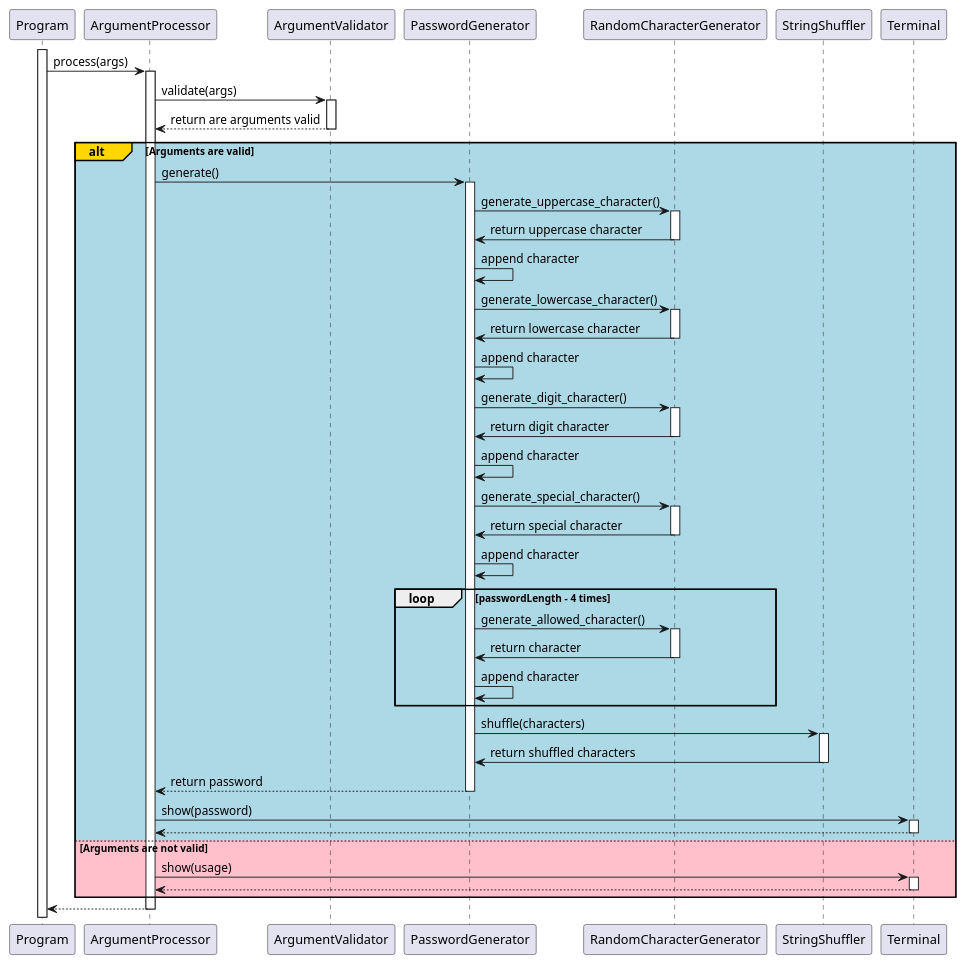
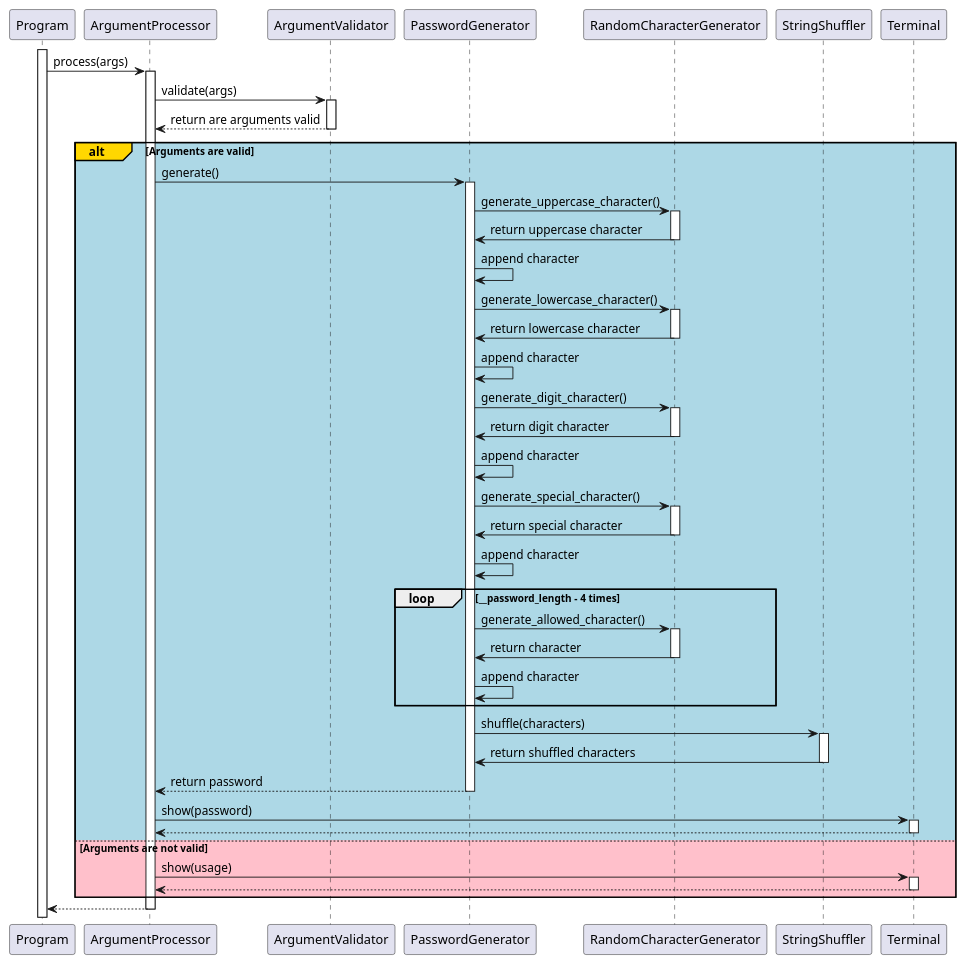
Before and after one commit to djvelimir/demo-python-cli: the diagram in diagrams/Sequence.puml, drawn with PlantUML.

Commit message:
Update sequence diagram

```diff
--- a/diagrams/Sequence.puml
+++ b/diagrams/Sequence.puml
@@ -1,84 +1,84 @@
 @startuml Sequence
 participant Program as program
 participant ArgumentProcessor as argumentProcessor
 participant ArgumentValidator as argumentValidator
 participant PasswordGenerator as passwordGenerator
 participant RandomCharacterGenerator as randomCharacterGenerator
 participant StringShuffler as stringShuffler
 participant Terminal as terminal
 
 activate program
 
 program -> argumentProcessor: process(args)
 activate argumentProcessor
 
 argumentProcessor -> argumentValidator: validate(args)
 activate argumentValidator
 argumentProcessor <-- argumentValidator: return are arguments valid
 deactivate argumentValidator
 
 alt#Gold #LightBlue Arguments are valid
     argumentProcessor -> passwordGenerator: generate()
     activate passwordGenerator
 
     passwordGenerator -> randomCharacterGenerator: generate_uppercase_character()
     activate randomCharacterGenerator
 
     randomCharacterGenerator -> passwordGenerator: return uppercase character
     deactivate randomCharacterGenerator
     passwordGenerator -> passwordGenerator: append character
 
     passwordGenerator -> randomCharacterGenerator: generate_lowercase_character()
     activate randomCharacterGenerator
 
     randomCharacterGenerator -> passwordGenerator: return lowercase character
     deactivate randomCharacterGenerator
     passwordGenerator -> passwordGenerator: append character
 
     passwordGenerator -> randomCharacterGenerator: generate_digit_character()
     activate randomCharacterGenerator
 
     randomCharacterGenerator -> passwordGenerator: return digit character
     deactivate randomCharacterGenerator
     passwordGenerator -> passwordGenerator: append character
 
     passwordGenerator -> randomCharacterGenerator: generate_special_character()
     activate randomCharacterGenerator
 
     randomCharacterGenerator -> passwordGenerator: return special character
     deactivate randomCharacterGenerator
     passwordGenerator -> passwordGenerator: append character
 
-    loop passwordLength - 4 times
+    loop __password_length - 4 times
         passwordGenerator -> randomCharacterGenerator: generate_allowed_character()
         activate randomCharacterGenerator
 
         randomCharacterGenerator -> passwordGenerator: return character
         deactivate randomCharacterGenerator
         passwordGenerator -> passwordGenerator: append character
     end
 
     passwordGenerator -> stringShuffler: shuffle(characters)
     activate stringShuffler
 
     stringShuffler -> passwordGenerator: return shuffled characters
     deactivate stringShuffler
 
     argumentProcessor <-- passwordGenerator: return password
     deactivate passwordGenerator
 
     argumentProcessor -> terminal: show(password)
     activate terminal
     argumentProcessor <-- terminal
     deactivate terminal
 
 else #Pink Arguments are not valid
     argumentProcessor -> terminal: show(usage)
     activate terminal
     argumentProcessor <-- terminal
     deactivate terminal
 end
 
 program <-- argumentProcessor
 deactivate argumentProcessor
 @enduml
```
